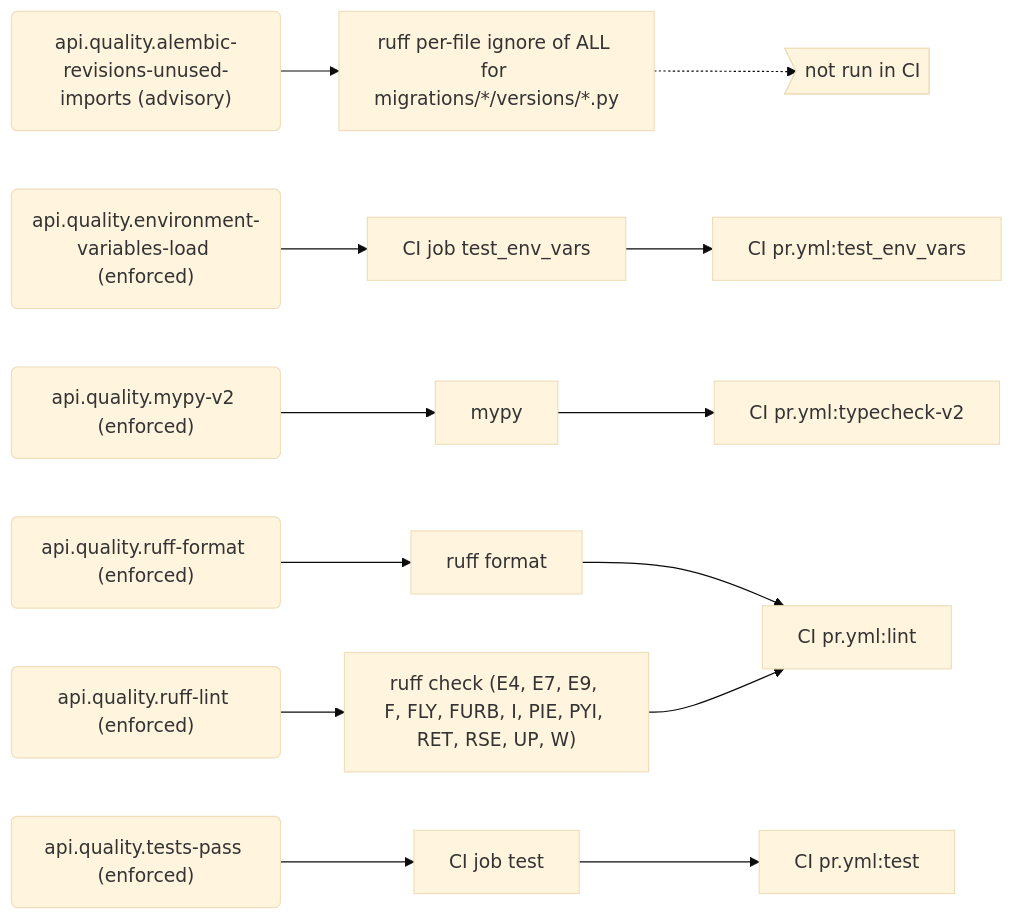
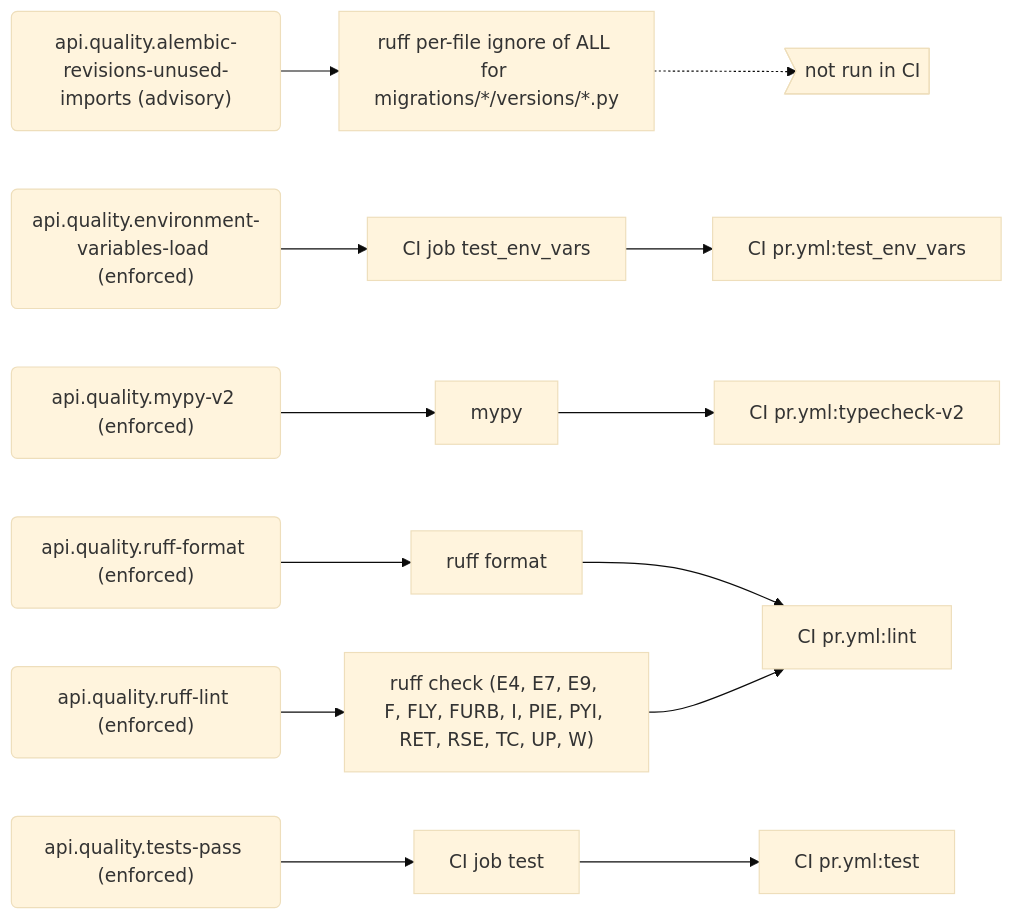
The sixth of 9 diagrams in docs/generated/rules.md (PolicyEngine/policyengine-api), drawn with Mermaid (base theme) before and after one commit. The commit also changed other lines of this file and 3 other files, not shown here.

Commit message:
Register TC in the enforced ruff lint rule

````diff
--- a/docs/generated/rules.md
+++ b/docs/generated/rules.md
@@ -274,32 +274,32 @@
 ```mermaid
 flowchart LR
   r_api_quality_alembic_revisions_unused_imports("api.quality.alembic-revisions-unused-imports (advisory)")
   e_ruff_per_file_ignore_of_ALL_for_migrations___versions___py["ruff per-file ignore of ALL for migrations/*/versions/*.py"]
   local_only>"not run in CI"]
   r_api_quality_environment_variables_load("api.quality.environment-variables-load (enforced)")
   e_CI_job_test_env_vars["CI job test_env_vars"]
   j_CI_pr_yml_test_env_vars["CI pr.yml:test_env_vars"]
   r_api_quality_mypy_v2("api.quality.mypy-v2 (enforced)")
   e_mypy["mypy"]
   j_CI_pr_yml_typecheck_v2["CI pr.yml:typecheck-v2"]
   r_api_quality_ruff_format("api.quality.ruff-format (enforced)")
   e_ruff_format["ruff format"]
   j_CI_pr_yml_lint["CI pr.yml:lint"]
   r_api_quality_ruff_lint("api.quality.ruff-lint (enforced)")
-  e_ruff_check__E4__E7__E9__F__FLY__FURB__I__PIE__PYI__RET__RSE__UP__W_["ruff check (E4, E7, E9, F, FLY, FURB, I, PIE, PYI, RET, RSE, UP, W)"]
+  e_ruff_check__E4__E7__E9__F__FLY__FURB__I__PIE__PYI__RET__RSE__TC__UP__W_["ruff check (E4, E7, E9, F, FLY, FURB, I, PIE, PYI, RET, RSE, TC, UP, W)"]
   r_api_quality_tests_pass("api.quality.tests-pass (enforced)")
   e_CI_job_test["CI job test"]
   j_CI_pr_yml_test["CI pr.yml:test"]
   r_api_quality_alembic_revisions_unused_imports --> e_ruff_per_file_ignore_of_ALL_for_migrations___versions___py
   e_ruff_per_file_ignore_of_ALL_for_migrations___versions___py -.-> local_only
   r_api_quality_environment_variables_load --> e_CI_job_test_env_vars
   e_CI_job_test_env_vars --> j_CI_pr_yml_test_env_vars
   r_api_quality_mypy_v2 --> e_mypy
   e_mypy --> j_CI_pr_yml_typecheck_v2
   r_api_quality_ruff_format --> e_ruff_format
   e_ruff_format --> j_CI_pr_yml_lint
-  r_api_quality_ruff_lint --> e_ruff_check__E4__E7__E9__F__FLY__FURB__I__PIE__PYI__RET__RSE__UP__W_
-  e_ruff_check__E4__E7__E9__F__FLY__FURB__I__PIE__PYI__RET__RSE__UP__W_ --> j_CI_pr_yml_lint
+  r_api_quality_ruff_lint --> e_ruff_check__E4__E7__E9__F__FLY__FURB__I__PIE__PYI__RET__RSE__TC__UP__W_
+  e_ruff_check__E4__E7__E9__F__FLY__FURB__I__PIE__PYI__RET__RSE__TC__UP__W_ --> j_CI_pr_yml_lint
   r_api_quality_tests_pass --> e_CI_job_test
   e_CI_job_test --> j_CI_pr_yml_test
 ```
````
